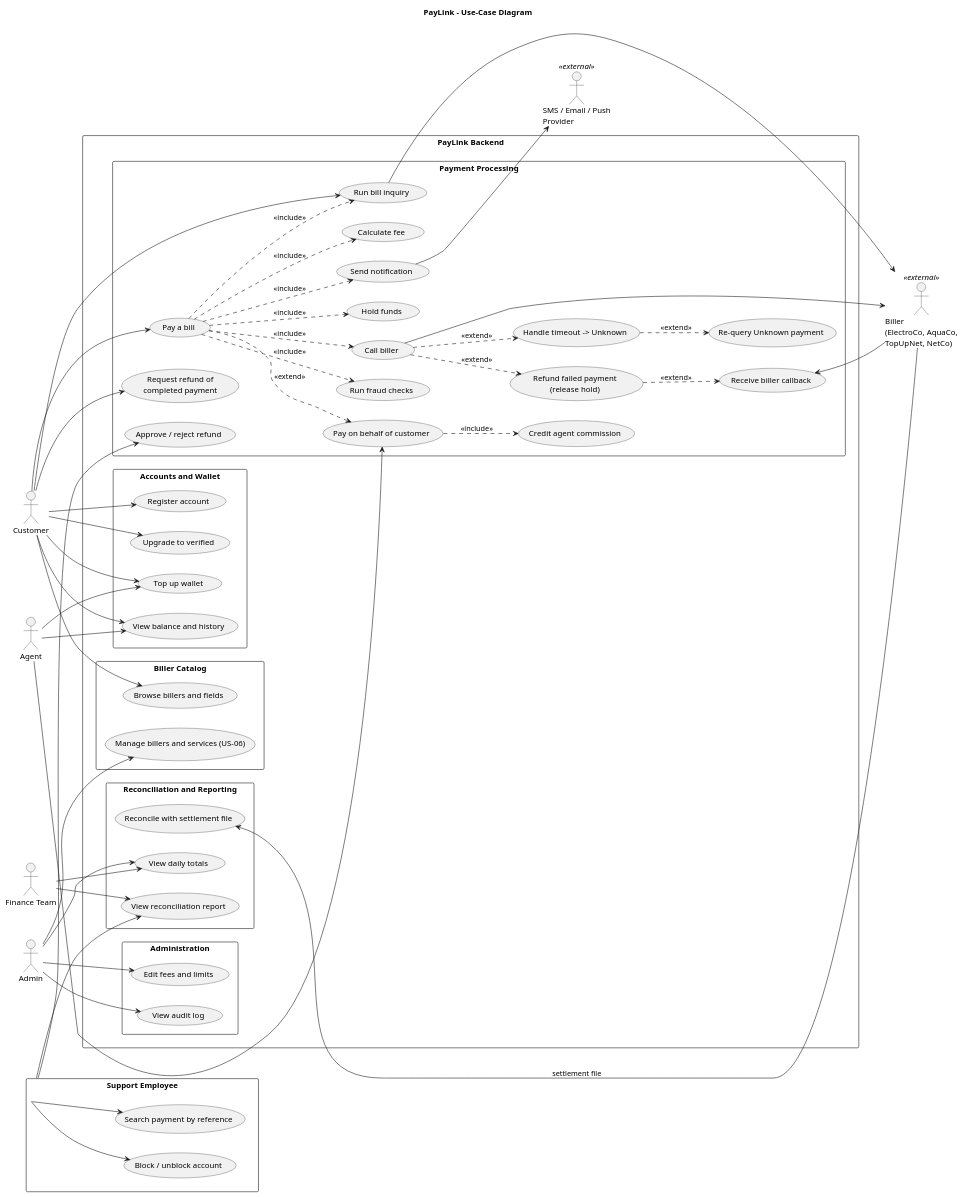
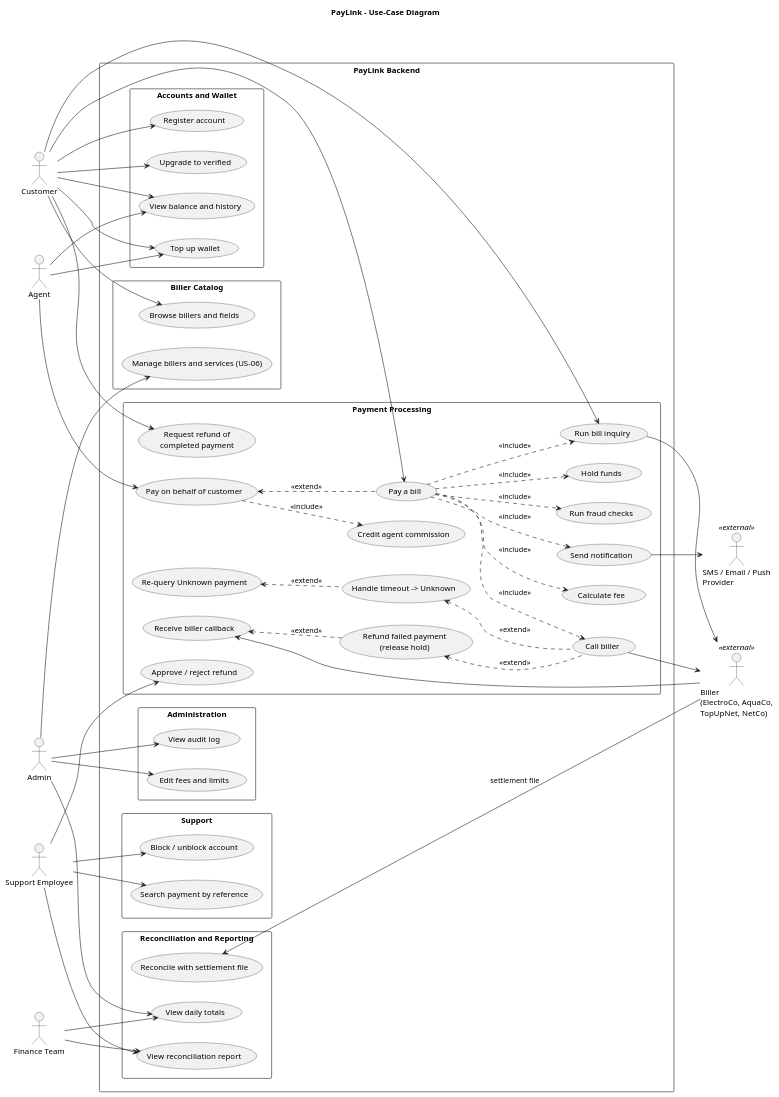
One commit to ramadaif/Paylink changed the diagram in doc/design/use-case.puml. Above: the diagram before and after it, drawn with PlantUML.

Commit message:
Refactor use-case diagram for clarity and structure

```diff
--- a/doc/design/use-case.puml
+++ b/doc/design/use-case.puml
@@ -1,107 +1,109 @@
-@startuml 01-use-case-v2
+@startuml 01-use-case
 title PayLink - Use-Case Diagram
 left to right direction
 skinparam packageStyle rectangle
 
 actor Customer
 actor Agent
 actor Admin
 actor "Support Employee" as Support
 actor "Finance Team" as Finance
 actor "Biller\n(ElectroCo, AquaCo,\nTopUpNet, NetCo)" as Biller <<external>>
 actor "SMS / Email / Push\nProvider" as NotifProvider <<external>>
 
 rectangle "PayLink Backend" {
 
   package "Accounts and Wallet" {
-    usecase "Register account" as UC_Reg
+    usecase "Register account " as UC_Reg
     usecase "Upgrade to verified" as UC_Upg
     usecase "View balance and history" as UC_Bal
     usecase "Top up wallet" as UC_Top
   }
 
   package "Biller Catalog" {
-    usecase "Browse billers and fields" as UC_Browse
+    usecase "Browse billers and fields " as UC_Browse
     usecase "Manage billers and services (US-06)" as UC_Manage
   }
 
   package "Payment Processing" {
     usecase "Run bill inquiry" as UC_Inq
     usecase "Pay a bill" as UC_Pay
-    usecase "Pay on behalf of customer" as UC_PayAgent
-    usecase "Calculate fee" as UC_Fee
-    usecase "Run fraud checks" as UC_Fraud
-    usecase "Hold funds" as UC_Hold
+    usecase "Pay on behalf of customer " as UC_PayAgent
+    usecase "Calculate fee " as UC_Fee
+    usecase "Run fraud checks " as UC_Fraud
+    usecase "Hold funds " as UC_Hold
     usecase "Call biller" as UC_Call
-    usecase "Handle timeout -> Unknown" as UC_Timeout
+    usecase "Handle timeout -> Unknown " as UC_Timeout
     usecase "Refund failed payment\n(release hold)" as UC_RefundFail
-    usecase "Receive biller callback" as UC_Callback
-    usecase "Re-query Unknown payment" as UC_Requery
-    usecase "Send notification" as UC_Notify
-    usecase "Credit agent commission" as UC_Comm
+    usecase "Receive biller callback " as UC_Callback
+    usecase "Re-query Unknown payment " as UC_Requery
+    usecase "Send notification " as UC_Notify
+    usecase "Credit agent commission " as UC_Comm
     usecase "Request refund of\ncompleted payment" as UC_ReqRefund
-    usecase "Approve / reject refund" as UC_Decide
+    usecase "Approve / reject refund " as UC_Decide
   }
 
-  package "Administration" {
-    usecase "Edit fees and limits" as UC_Config
-    usecase "View audit log" as UC_Audit
+  package " Support " {
+    usecase "Search payment by reference " as UC_Search
+    usecase "Block / unblock account " as UC_Block
   }
-
-  package "Support" {
-    usecase "Search payment by reference" as UC_Search
-    usecase "Block / unblock account" as UC_Block
+package "Administration" {
+    usecase "Edit fees and limits " as UC_Config
+    usecase "View audit log " as UC_Audit
   }
 
   package "Reconciliation and Reporting" {
-    usecase "Reconcile with settlement file" as UC_Recon
-    usecase "View reconciliation report" as UC_Report
+    usecase "Reconcile with settlement file " as UC_Recon
+    usecase "View reconciliation report " as UC_Report
     usecase "View daily totals" as UC_Totals
   }
 }
 
 Customer --> UC_Reg
 Customer --> UC_Upg
 Customer --> UC_Bal
 Customer --> UC_Top
 Customer --> UC_Browse
 Customer --> UC_Inq
 Customer --> UC_Pay
 Customer --> UC_ReqRefund
 
 Agent --> UC_PayAgent
 Agent --> UC_Top
 Agent --> UC_Bal
 
 Admin --> UC_Manage
 Admin --> UC_Config
 Admin --> UC_Totals
 Admin --> UC_Audit
 
 Support --> UC_Search
 Support --> UC_Block
 Support --> UC_Decide
 Support --> UC_Report
 
 Finance --> UC_Report
 Finance --> UC_Totals
 
+
 UC_Callback <-- Biller
 UC_Inq --> Biller
 UC_Call --> Biller
 UC_Recon <-- Biller : settlement file
 UC_Notify --> NotifProvider
 
 UC_Pay ..> UC_Inq : <<include>>
 UC_Pay ..> UC_Fee : <<include>>
 UC_Pay ..> UC_Fraud : <<include>>
 UC_Pay ..> UC_Hold : <<include>>
 UC_Pay ..> UC_Call : <<include>>
 UC_Pay ..> UC_Notify : <<include>>
+UC_PayAgent <.. UC_Pay : <<extend>>
 UC_PayAgent ..> UC_Comm : <<include>>
-UC_Pay ..> UC_PayAgent : <<extend>>
-UC_Timeout ..> UC_Requery : <<extend>>
-UC_Call ..> UC_Timeout : <<extend>>
-UC_Call ..> UC_RefundFail : <<extend>>
-UC_RefundFail ..> UC_Callback : <<extend>>
+UC_Timeout <.. UC_Call : <<extend>>
+UC_RefundFail <.. UC_Call : <<extend>>
+UC_Requery <.. UC_Timeout : <<extend>>
+UC_Callback <.. UC_RefundFail : <<extend>>
+
+
 @enduml
```
